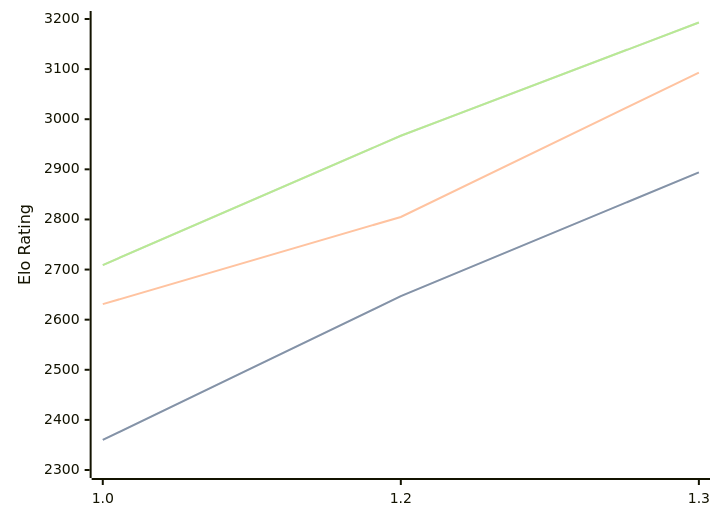
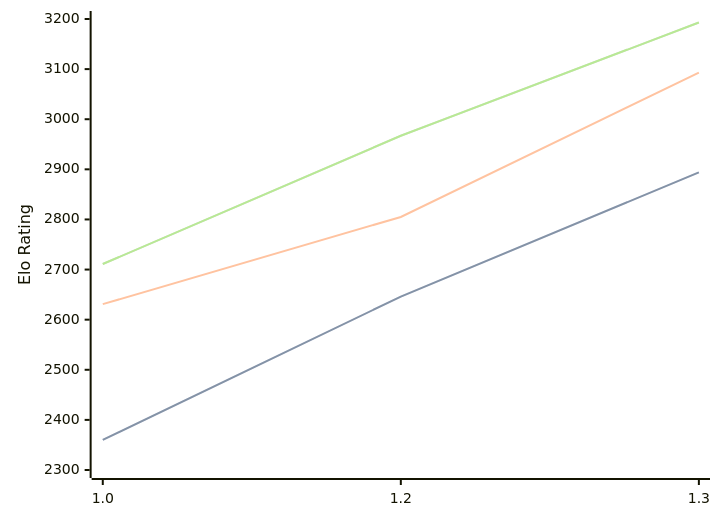
Before and after one commit to computer-chess-index/cci: the diagram in engines/Chessnix.md, drawn with Mermaid. The commit also changed other lines of this file, not shown here.

Commit message:
Update CCI Ratings (ELO VLTC) - 2026-04-10

````diff
--- a/engines/Chessnix.md
+++ b/engines/Chessnix.md
@@ -35,11 +35,11 @@
 ```mermaid
 %%{init: {"theme":"base","themeVariables":{"seriesColors:['#a3a3a3','#222221','#faa371']}}}%%
 xychart-beta
   x-axis ["1.0", "1.2", "1.3"]
   y-axis "Elo Rating" 2300 --> 3200
-  line "STC (8.0+0.08s)" [2360, 2647, 2894]
-  line "STC (8.0+0.08s)" [2360, 2647, 2894]
+  line "STC (8.0+0.08s)" [2360, 2646, 2894]
+  line "STC (8.0+0.08s)" [2360, 2646, 2894]
   line "LTC (60.0+0.60s)" [2631, 2805, 3093]
-  line "VLTC (2m24s+1.12s)" [2709, 2967, 3193]
-  line "VLTC (2m24s+1.12s)" [2709, 2967, 3193]
+  line "VLTC (2m24s+1.12s)" [2711, 2967, 3193]
+  line "VLTC (2m24s+1.12s)" [2711, 2967, 3193]
 ```
````
